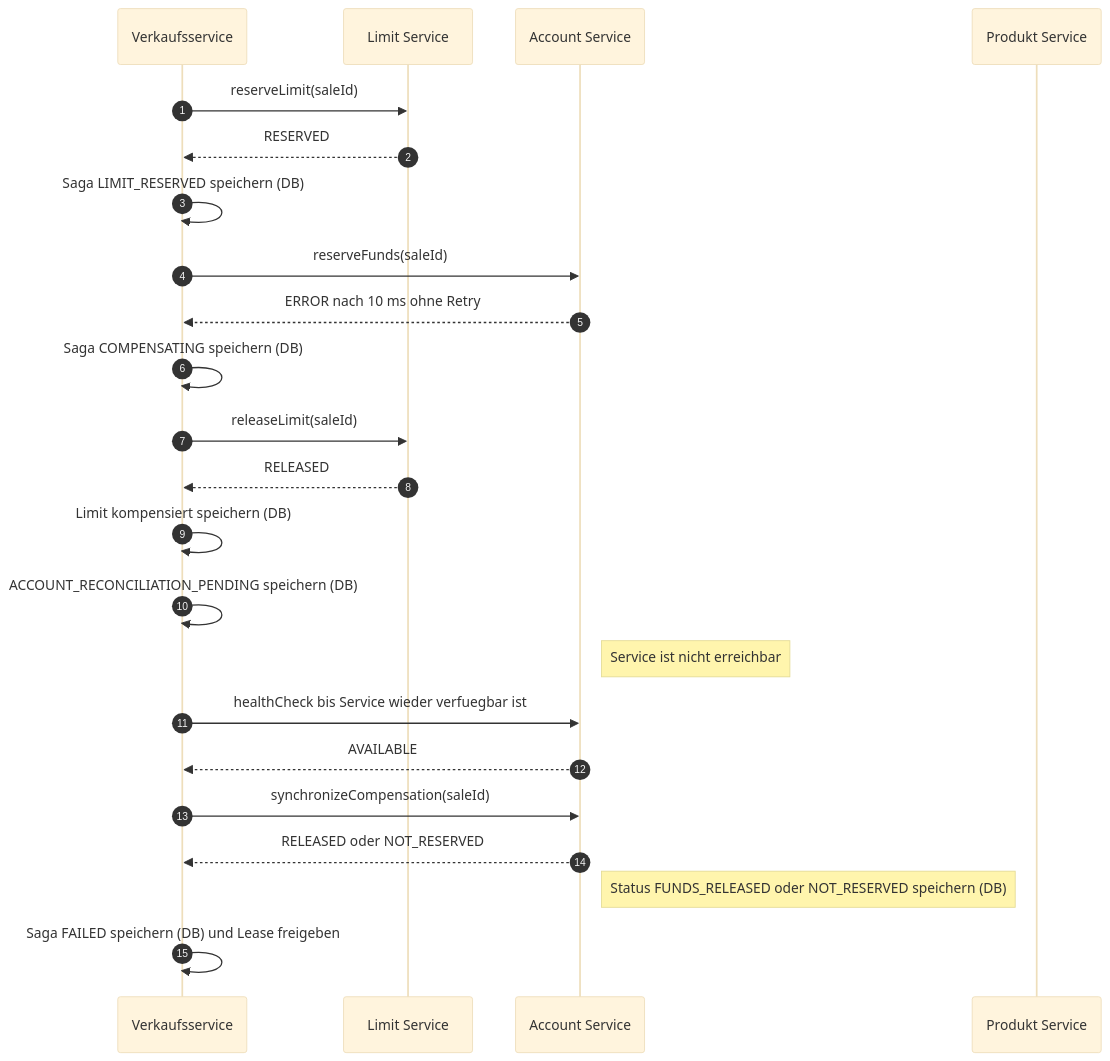
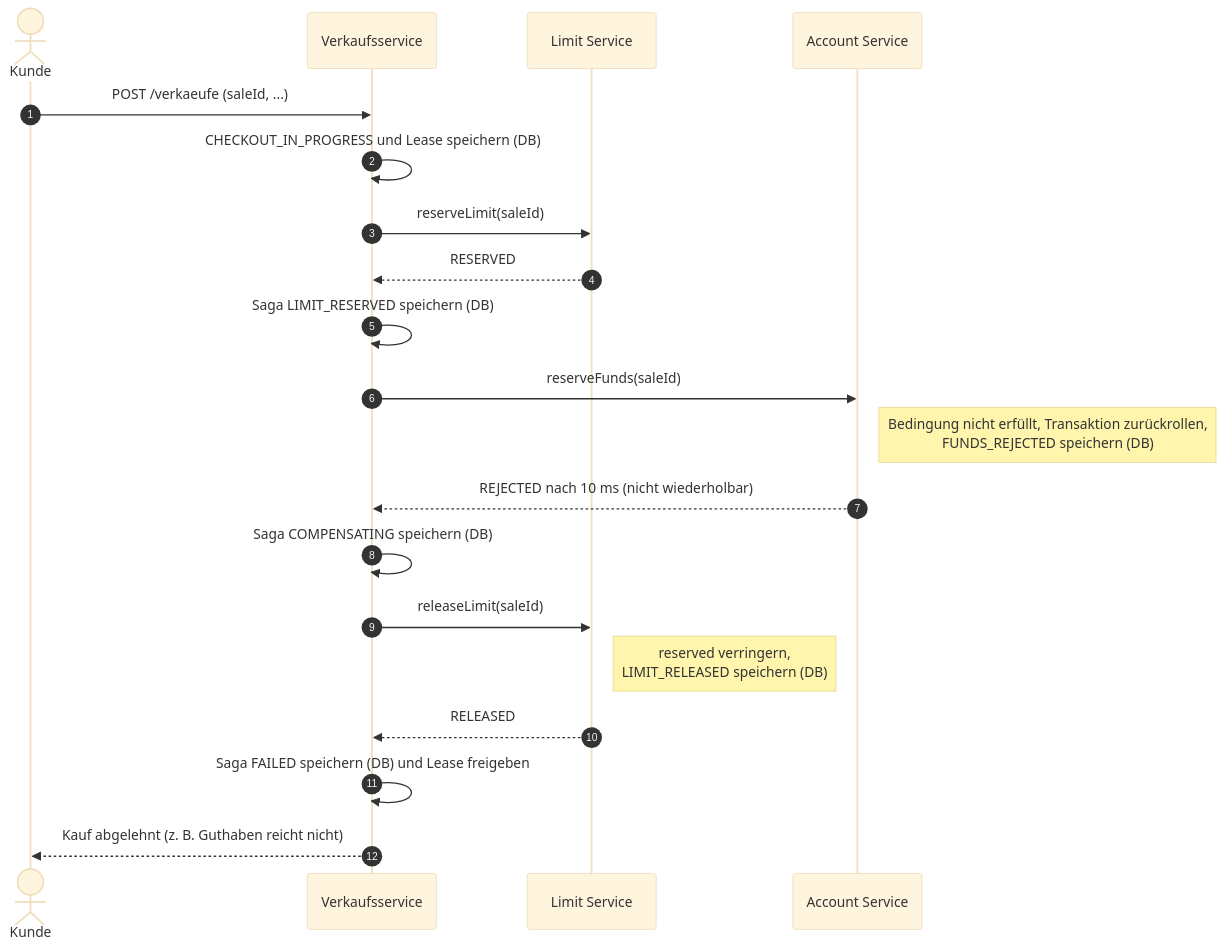
Before and after one commit to Adrian-Hansen-dev/second-hand-ticket-app: the fourth of 30 diagrams in project-2/abgabe_projekt_2.md, drawn with Mermaid (base theme). The commit also changed other lines of this file, not shown here.

````diff
--- a/project-2/abgabe_projekt_2.md
+++ b/project-2/abgabe_projekt_2.md
@@ -214,27 +215,24 @@
 ```mermaid
 sequenceDiagram
     autonumber
+    actor Kunde
     participant VS as Verkaufsservice
     participant LS as Limit Service
     participant AS as Account Service
-    participant PS as Produkt Service
 
+    Kunde->>VS: POST /verkaeufe (saleId, ...)
+    VS->>VS: CHECKOUT_IN_PROGRESS und Lease speichern (DB)
     VS->>LS: reserveLimit(saleId)
     LS-->>VS: RESERVED
     VS->>VS: Saga LIMIT_RESERVED speichern (DB)
 
     VS->>AS: reserveFunds(saleId)
-    AS-->>VS: ERROR nach 10 ms ohne Retry
+    Note right of AS: Bedingung nicht erfüllt, Transaktion zurückrollen,<br/>FUNDS_REJECTED speichern (DB)
+    AS-->>VS: REJECTED nach 10 ms (nicht wiederholbar)
     VS->>VS: Saga COMPENSATING speichern (DB)
     VS->>LS: releaseLimit(saleId)
+    Note right of LS: reserved verringern,<br/>LIMIT_RELEASED speichern (DB)
     LS-->>VS: RELEASED
-    VS->>VS: Limit kompensiert speichern (DB)
-    VS->>VS: ACCOUNT_RECONCILIATION_PENDING speichern (DB)
-    Note right of AS: Service ist nicht erreichbar
-    VS->>AS: healthCheck bis Service wieder verfuegbar ist
-    AS-->>VS: AVAILABLE
-    VS->>AS: synchronizeCompensation(saleId)
-    AS-->>VS: RELEASED oder NOT_RESERVED
-    Note right of AS: Status FUNDS_RELEASED oder NOT_RESERVED speichern (DB)
     VS->>VS: Saga FAILED speichern (DB) und Lease freigeben
+    VS-->>Kunde: Kauf abgelehnt (z. B. Guthaben reicht nicht)
 ```
````
